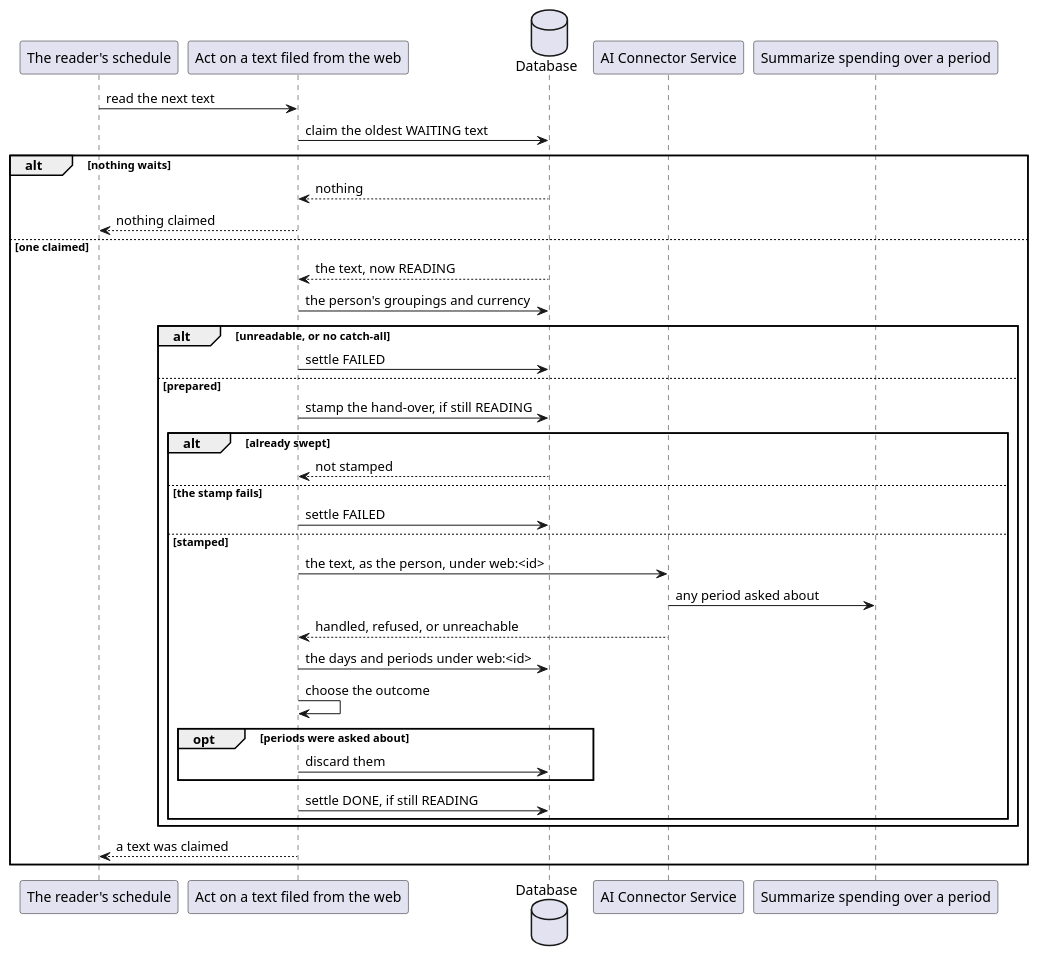
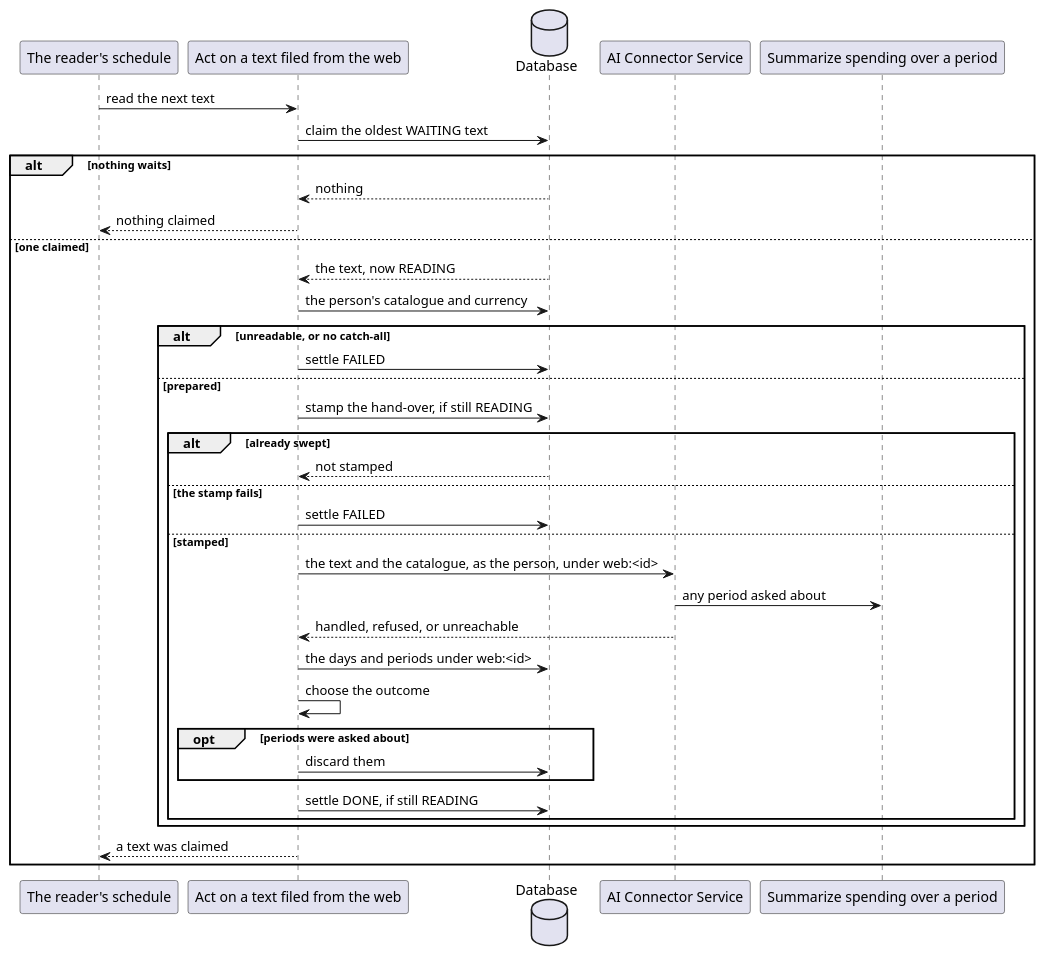
Before and after one commit to ds-usova/finance-bot: the third of 3 diagrams in ledger-service/docs/usecases/handle-written-message.md, drawn with PlantUML. The commit also changed other lines of this file and 13 other files, not shown here.

````diff
--- a/ledger-service/docs/usecases/handle-written-message.md
+++ b/ledger-service/docs/usecases/handle-written-message.md
@@ -127,40 +127,40 @@
 ```plantuml
 @startuml HandleWrittenMessage-Sequence
 participant "The reader's schedule" as Reader
 participant "Act on a text filed from the web" as UC
 database "Database" as DB
 participant "AI Connector Service" as AI
 participant "Summarize spending over a period" as SS
 
 Reader -> UC : read the next text
 UC -> DB : claim the oldest WAITING text
 alt nothing waits
   DB --> UC : nothing
   UC --> Reader : nothing claimed
 else one claimed
   DB --> UC : the text, now READING
-  UC -> DB : the person's groupings and currency
+  UC -> DB : the person's catalogue and currency
   alt unreadable, or no catch-all
     UC -> DB : settle FAILED
   else prepared
     UC -> DB : stamp the hand-over, if still READING
     alt already swept
       DB --> UC : not stamped
     else the stamp fails
       UC -> DB : settle FAILED
     else stamped
-      UC -> AI : the text, as the person, under web:<id>
+      UC -> AI : the text and the catalogue, as the person, under web:<id>
       AI -> SS : any period asked about
       AI --> UC : handled, refused, or unreachable
       UC -> DB : the days and periods under web:<id>
       UC -> UC : choose the outcome
       opt periods were asked about
         UC -> DB : discard them
       end
       UC -> DB : settle DONE, if still READING
     end
   end
   UC --> Reader : a text was claimed
 end
 @enduml
 ```
````
